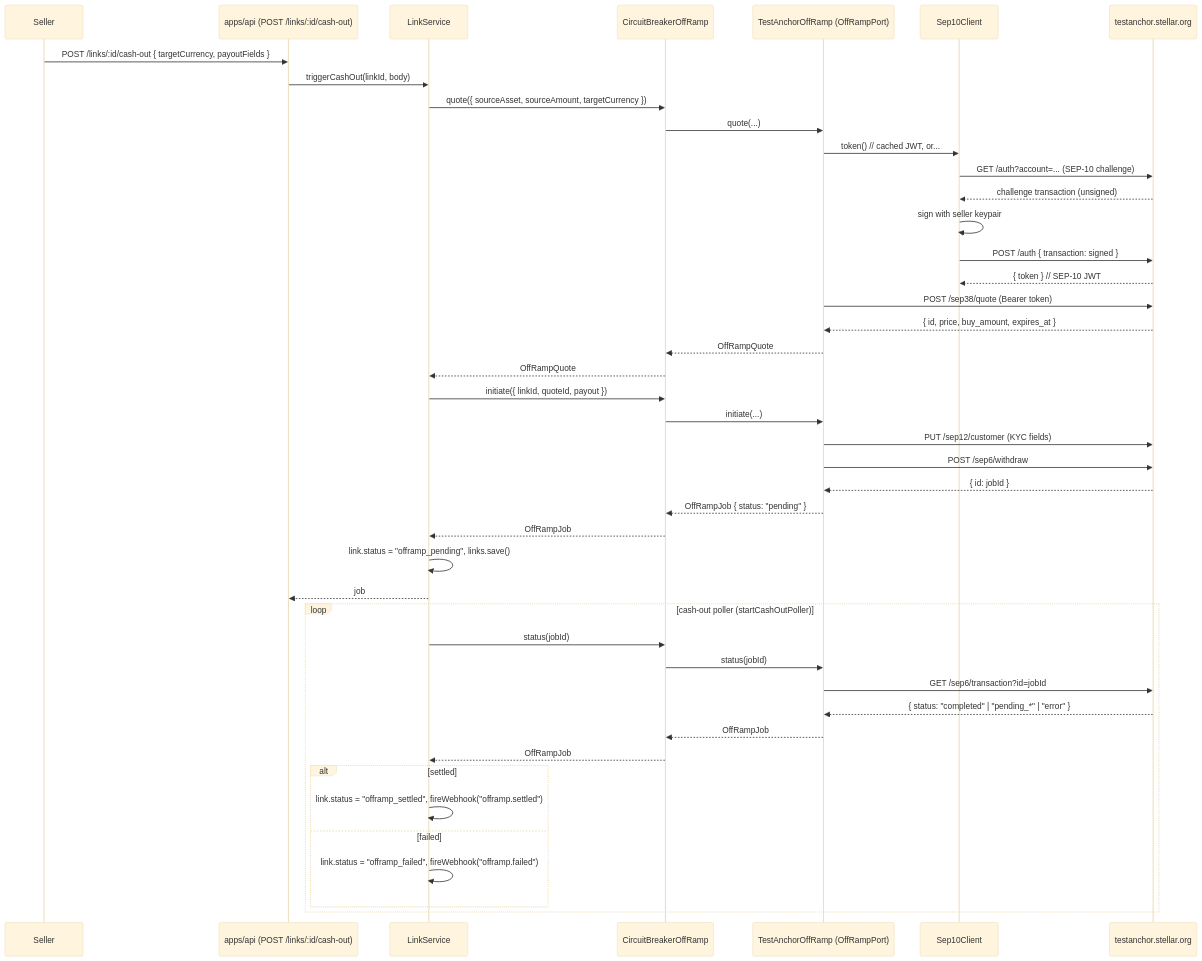
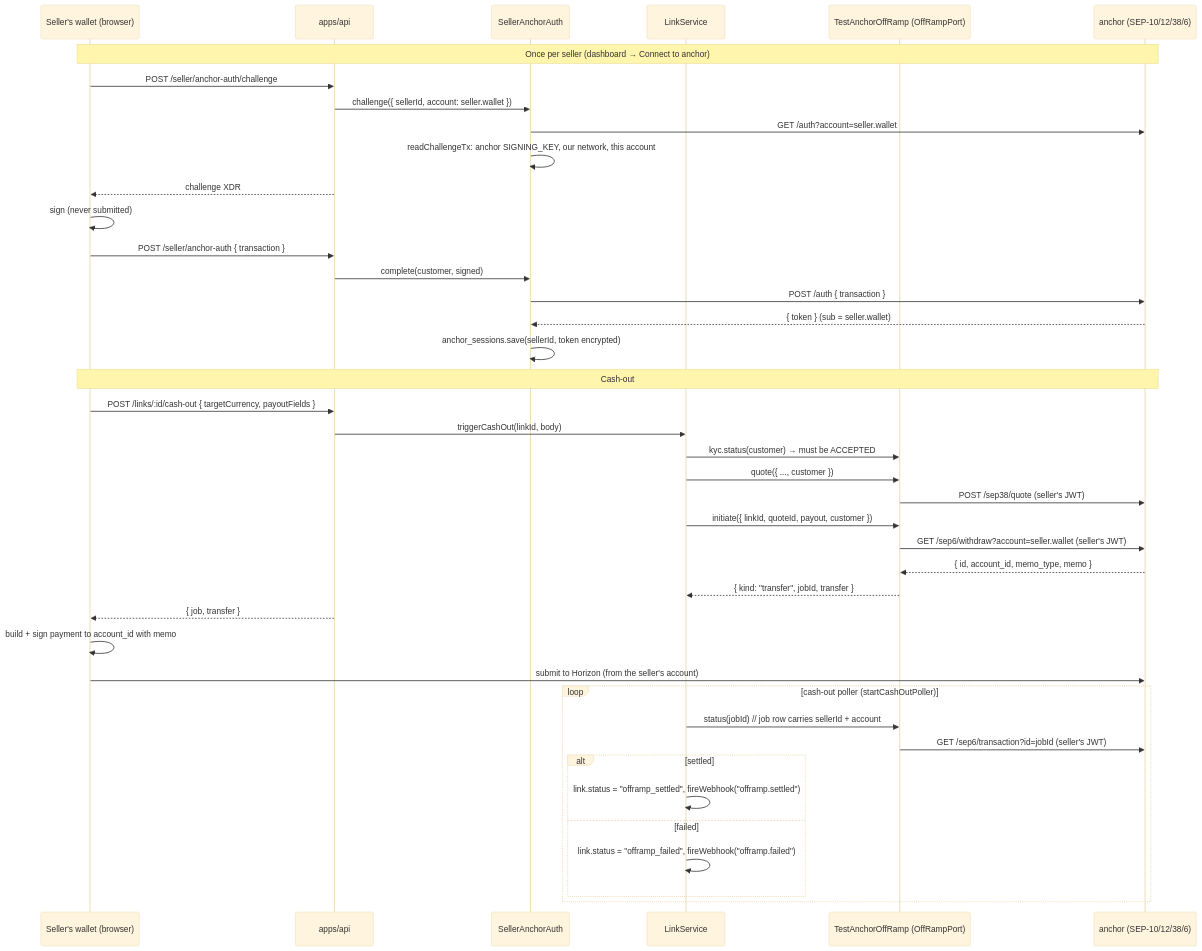
One commit to determined-001/Quay changed the fourth of 6 diagrams in docs/ARCHITECTURE.md. Above: the diagram before and after it, drawn with Mermaid (base theme). The commit also changed other lines of this file and 51 other files, not shown here.

````diff
--- a/docs/ARCHITECTURE.md
+++ b/docs/ARCHITECTURE.md
@@ -154,48 +161,46 @@
 ```mermaid
 sequenceDiagram
-  participant Seller
-  participant API as apps/api (POST /links/:id/cash-out)
+  participant Wallet as Seller's wallet (browser)
+  participant API as apps/api
+  participant Auth as SellerAnchorAuth
   participant LS as LinkService
-  participant CB as CircuitBreakerOffRamp
   participant Anchor as TestAnchorOffRamp (OffRampPort)
-  participant Sep10 as Sep10Client
-  participant Testanchor as testanchor.stellar.org
+  participant Testanchor as anchor (SEP-10/12/38/6)
 
-  Seller->>API: POST /links/:id/cash-out { targetCurrency, payoutFields }
+  Note over Wallet,Testanchor: Once per seller (dashboard → Connect to anchor)
+  Wallet->>API: POST /seller/anchor-auth/challenge
+  API->>Auth: challenge({ sellerId, account: seller.wallet })
+  Auth->>Testanchor: GET /auth?account=seller.wallet
+  Auth->>Auth: readChallengeTx: anchor SIGNING_KEY, our network, this account
+  API-->>Wallet: challenge XDR
+  Wallet->>Wallet: sign (never submitted)
+  Wallet->>API: POST /seller/anchor-auth { transaction }
+  API->>Auth: complete(customer, signed)
+  Auth->>Testanchor: POST /auth { transaction }
+  Testanchor-->>Auth: { token } (sub = seller.wallet)
+  Auth->>Auth: anchor_sessions.save(sellerId, token encrypted)
+
+  Note over Wallet,Testanchor: Cash-out
+  Wallet->>API: POST /links/:id/cash-out { targetCurrency, payoutFields }
   API->>LS: triggerCashOut(linkId, body)
-  LS->>CB: quote({ sourceAsset, sourceAmount, targetCurrency })
-  CB->>Anchor: quote(...)
-  Anchor->>Sep10: token()  // cached JWT, or...
-  Sep10->>Testanchor: GET /auth?account=...  (SEP-10 challenge)
-  Testanchor-->>Sep10: challenge transaction (unsigned)
-  Sep10->>Sep10: sign with seller keypair
-  Sep10->>Testanchor: POST /auth { transaction: signed }
-  Testanchor-->>Sep10: { token }  // SEP-10 JWT
-  Anchor->>Testanchor: POST /sep38/quote  (Bearer token)
-  Testanchor-->>Anchor: { id, price, buy_amount, expires_at }
-  Anchor-->>CB: OffRampQuote
-  CB-->>LS: OffRampQuote
-  LS->>CB: initiate({ linkId, quoteId, payout })
-  CB->>Anchor: initiate(...)
-  Anchor->>Testanchor: PUT /sep12/customer  (KYC fields)
-  Anchor->>Testanchor: POST /sep6/withdraw
-  Testanchor-->>Anchor: { id: jobId }
-  Anchor-->>CB: OffRampJob { status: "pending" }
-  CB-->>LS: OffRampJob
-  LS->>LS: link.status = "offramp_pending", links.save()
-  LS-->>API: job
+  LS->>Anchor: kyc.status(customer) → must be ACCEPTED
+  LS->>Anchor: quote({ ..., customer })
+  Anchor->>Testanchor: POST /sep38/quote (seller's JWT)
+  LS->>Anchor: initiate({ linkId, quoteId, payout, customer })
+  Anchor->>Testanchor: GET /sep6/withdraw?account=seller.wallet (seller's JWT)
+  Testanchor-->>Anchor: { id, account_id, memo_type, memo }
+  Anchor-->>LS: { kind: "transfer", jobId, transfer }
+  API-->>Wallet: { job, transfer }
+  Wallet->>Wallet: build + sign payment to account_id with memo
+  Wallet->>Testanchor: submit to Horizon (from the seller's account)
 
   loop cash-out poller (startCashOutPoller)
-    LS->>CB: status(jobId)
-    CB->>Anchor: status(jobId)
-    Anchor->>Testanchor: GET /sep6/transaction?id=jobId
-    Testanchor-->>Anchor: { status: "completed" | "pending_*" | "error" }
-    Anchor-->>CB: OffRampJob
-    CB-->>LS: OffRampJob
+    LS->>Anchor: status(jobId)  // job row carries sellerId + account
+    Anchor->>Testanchor: GET /sep6/transaction?id=jobId (seller's JWT)
     alt settled
       LS->>LS: link.status = "offramp_settled", fireWebhook("offramp.settled")
     else failed
       LS->>LS: link.status = "offramp_failed", fireWebhook("offramp.failed")
     end
   end
 ```
````
